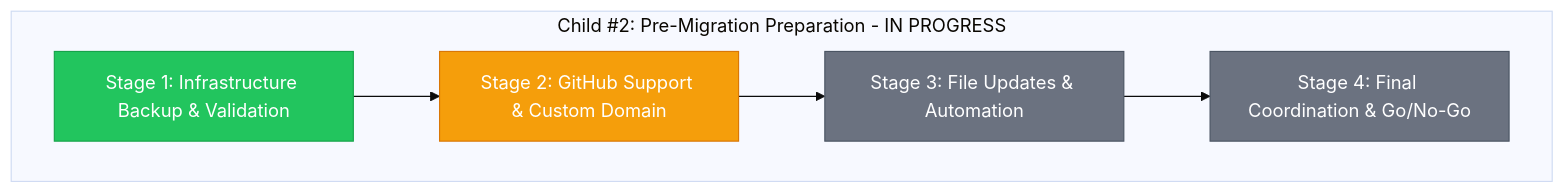
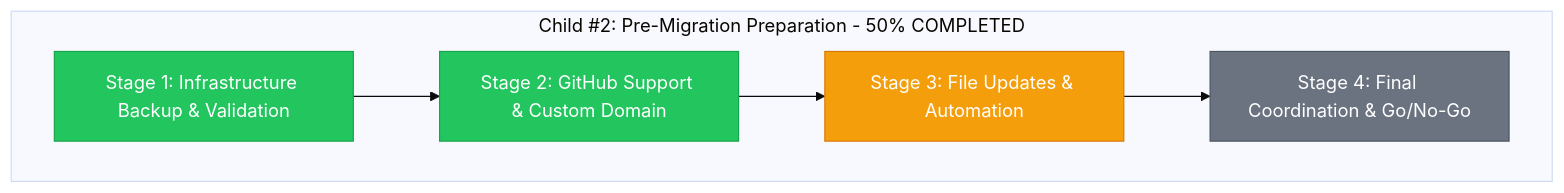
Before and after one commit to info-tech-io/info-tech-io.github.io: the diagram in docs/proposals/epic-12-organization-migration/child-2-pre-migration-preparation/progress.md, drawn with Mermaid (base theme). The commit also changed other lines of this file and 36 other files, not shown here.

````diff
--- a/docs/proposals/epic-12-organization-migration/child-2-pre-migration-preparation/progress.md
+++ b/docs/proposals/epic-12-organization-migration/child-2-pre-migration-preparation/progress.md
@@ -13,17 +13,17 @@
 ```mermaid
 graph TD
-    subgraph "Child #2: Pre-Migration Preparation - IN PROGRESS"
+    subgraph "Child #2: Pre-Migration Preparation - 50% COMPLETED"
         A[Stage 1: Infrastructure Backup & Validation] --> B[Stage 2: GitHub Support & Custom Domain]
         B --> C[Stage 3: File Updates & Automation]
         C --> D[Stage 4: Final Coordination & Go/No-Go]
     end
 
     classDef completed fill:#22c55e,stroke:#16a34a,color:#fff
     classDef inProgress fill:#3b82f6,stroke:#1d4ed8,color:#fff
     classDef pending fill:#6b7280,stroke:#4b5563,color:#fff
     classDef ready fill:#f59e0b,stroke:#d97706,color:#fff
 
-    class A completed
-    class B ready
-    class C,D pending
+    class A,B completed
+    class C ready
+    class D pending
 ```
````
